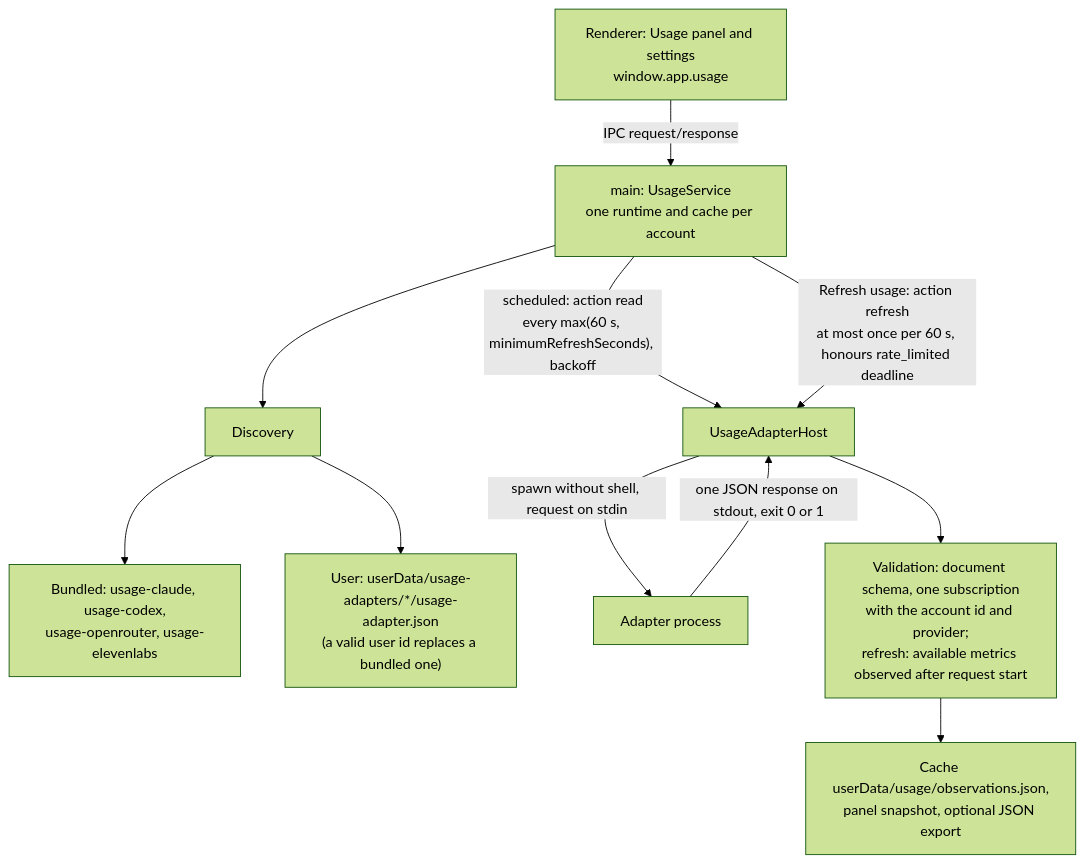
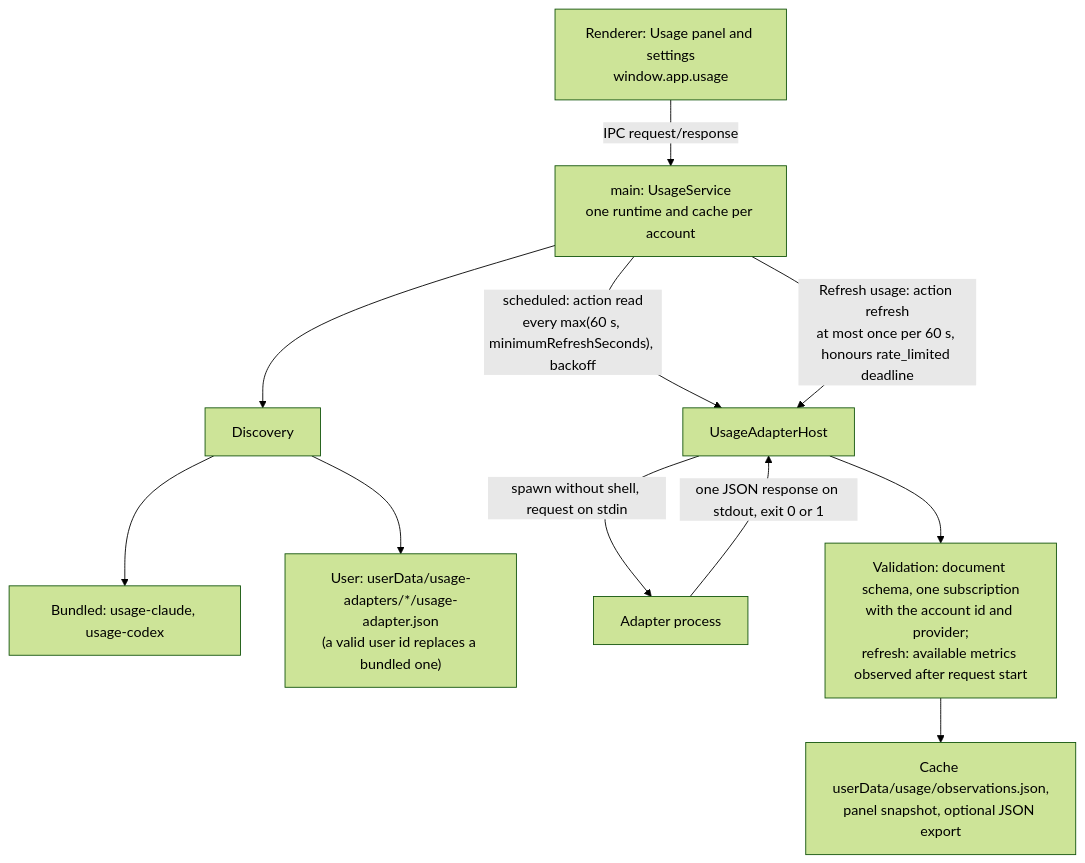
Before and after one commit to tomaszmadera/NeKode: the first of 2 diagrams in docs/features/usage-quota/spec.md, drawn with Mermaid (forest theme). The commit also changed other lines of this file and 37 other files, not shown here.

````diff
--- a/docs/features/usage-quota/spec.md
+++ b/docs/features/usage-quota/spec.md
@@ -97,13 +103,13 @@
 ```mermaid
 flowchart TD
     UI["Renderer: Usage panel and settings<br/>window.app.usage"] -->|IPC request/response| S["main: UsageService<br/>one runtime and cache per account"]
     S --> D["Discovery"]
-    D --> B["Bundled: usage-claude, usage-codex,<br/>usage-openrouter, usage-elevenlabs"]
+    D --> B["Bundled: usage-claude, usage-codex"]
     D --> U["User: userData/usage-adapters/*/usage-adapter.json<br/>(a valid user id replaces a bundled one)"]
     S -->|"scheduled: action read<br/>every max(60 s, minimumRefreshSeconds), backoff"| H["UsageAdapterHost"]
     S -->|"Refresh usage: action refresh<br/>at most once per 60 s, honours rate_limited deadline"| H
     H -->|"spawn without shell, request on stdin"| A["Adapter process"]
     A -->|"one JSON response on stdout, exit 0 or 1"| H
     H --> V["Validation: document schema, one subscription<br/>with the account id and provider;<br/>refresh: available metrics observed after request start"]
     V --> C["Cache userData/usage/observations.json,<br/>panel snapshot, optional JSON export"]
 ```
````
